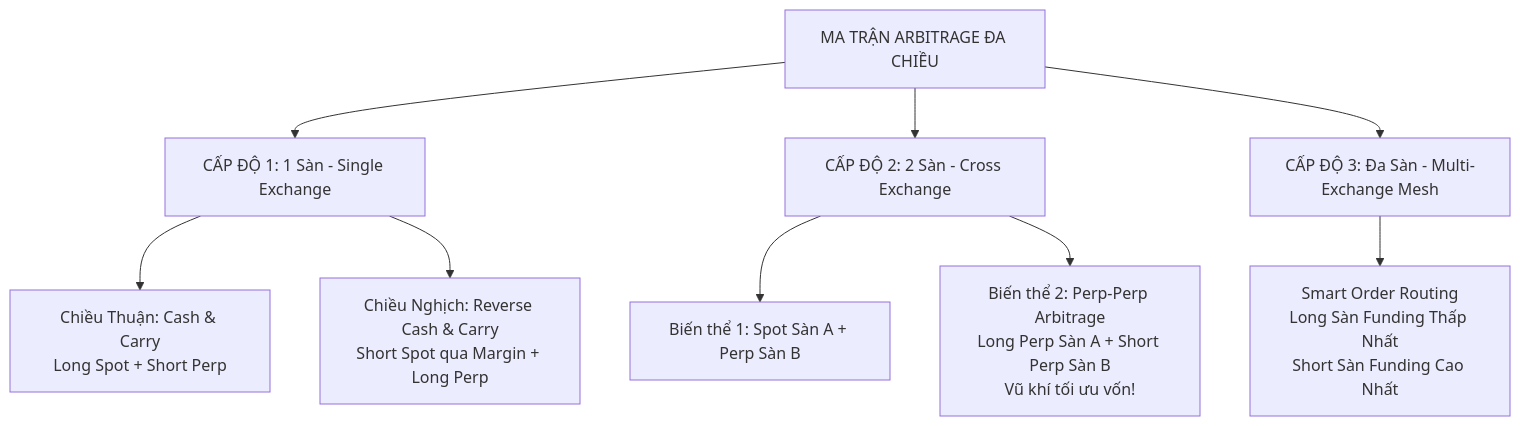
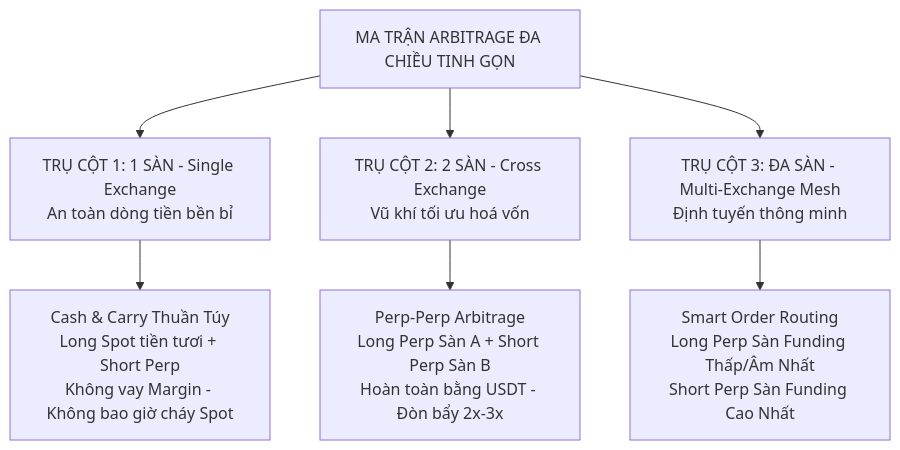
The diagram in docs/MULTI-DIRECTIONAL-ARBITRAGE-MATRIX.md (khonghao0109/funding-rate-arbitrage), drawn with Mermaid before and after one commit. The commit also changed other lines of this file, not shown here.

First line of the commit message:
docs: streamline arbitrage matrix to single-exchange spot-perp and cross-exchange perp-perp

````diff
--- a/docs/MULTI-DIRECTIONAL-ARBITRAGE-MATRIX.md
+++ b/docs/MULTI-DIRECTIONAL-ARBITRAGE-MATRIX.md
@@ -20,14 +23,12 @@
 ```mermaid
 graph TD
-    A[MA TRẬN ARBITRAGE ĐA CHIỀU] --> B[CẤP ĐỘ 1: 1 Sàn - Single Exchange]
-    A --> C[CẤP ĐỘ 2: 2 Sàn - Cross Exchange]
-    A --> D[CẤP ĐỘ 3: Đa Sàn - Multi-Exchange Mesh]
+    A[MA TRẬN ARBITRAGE ĐA CHIỀU TINH GỌN] --> B[TRỤ CỘT 1: 1 SÀN - Single Exchange<br/>An toàn dòng tiền bền bỉ]
+    A --> C[TRỤ CỘT 2: 2 SÀN - Cross Exchange<br/>Vũ khí tối ưu hoá vốn]
+    A --> D[TRỤ CỘT 3: ĐA SÀN - Multi-Exchange Mesh<br/>Định tuyến thông minh]
 
-    B --> B1[Chiều Thuận: Cash & Carry<br/>Long Spot + Short Perp]
-    B --> B2[Chiều Nghịch: Reverse Cash & Carry<br/>Short Spot qua Margin + Long Perp]
+    B --> B1[Cash & Carry Thuần Túy<br/>Long Spot tiền tươi + Short Perp<br/>Không vay Margin - Không bao giờ cháy Spot]
 
-    C --> C1[Biến thể 1: Spot Sàn A + Perp Sàn B]
-    C --> C2[Biến thể 2: Perp-Perp Arbitrage<br/>Long Perp Sàn A + Short Perp Sàn B<br/>Vũ khí tối ưu vốn!]
+    C --> C1[Perp-Perp Arbitrage<br/>Long Perp Sàn A + Short Perp Sàn B<br/>Hoàn toàn bằng USDT - Đòn bẩy 2x-3x]
 
-    D --> D1[Smart Order Routing<br/>Long Sàn Funding Thấp Nhất<br/>Short Sàn Funding Cao Nhất]
+    D --> D1[Smart Order Routing<br/>Long Perp Sàn Funding Thấp/Âm Nhất<br/>Short Perp Sàn Funding Cao Nhất]
 ```
````
